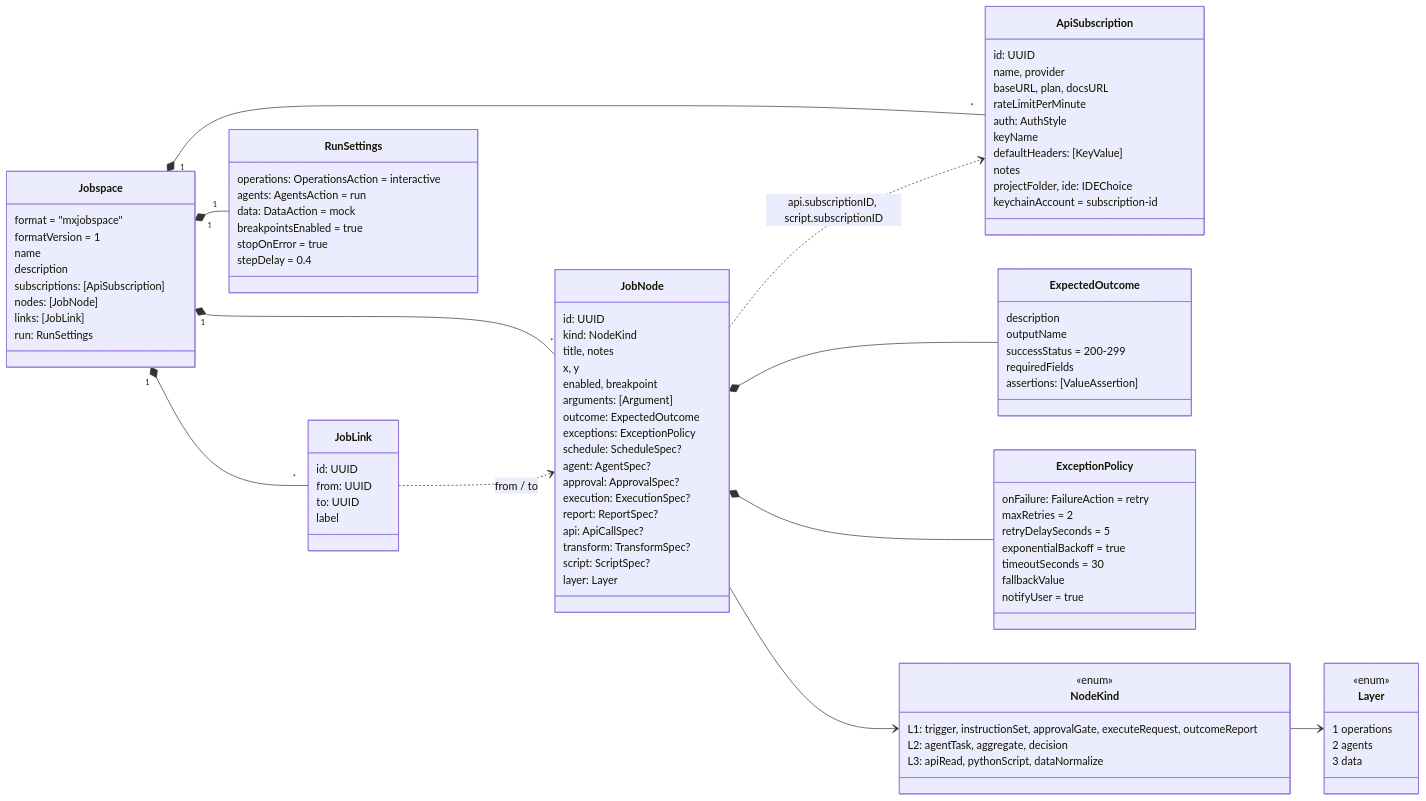
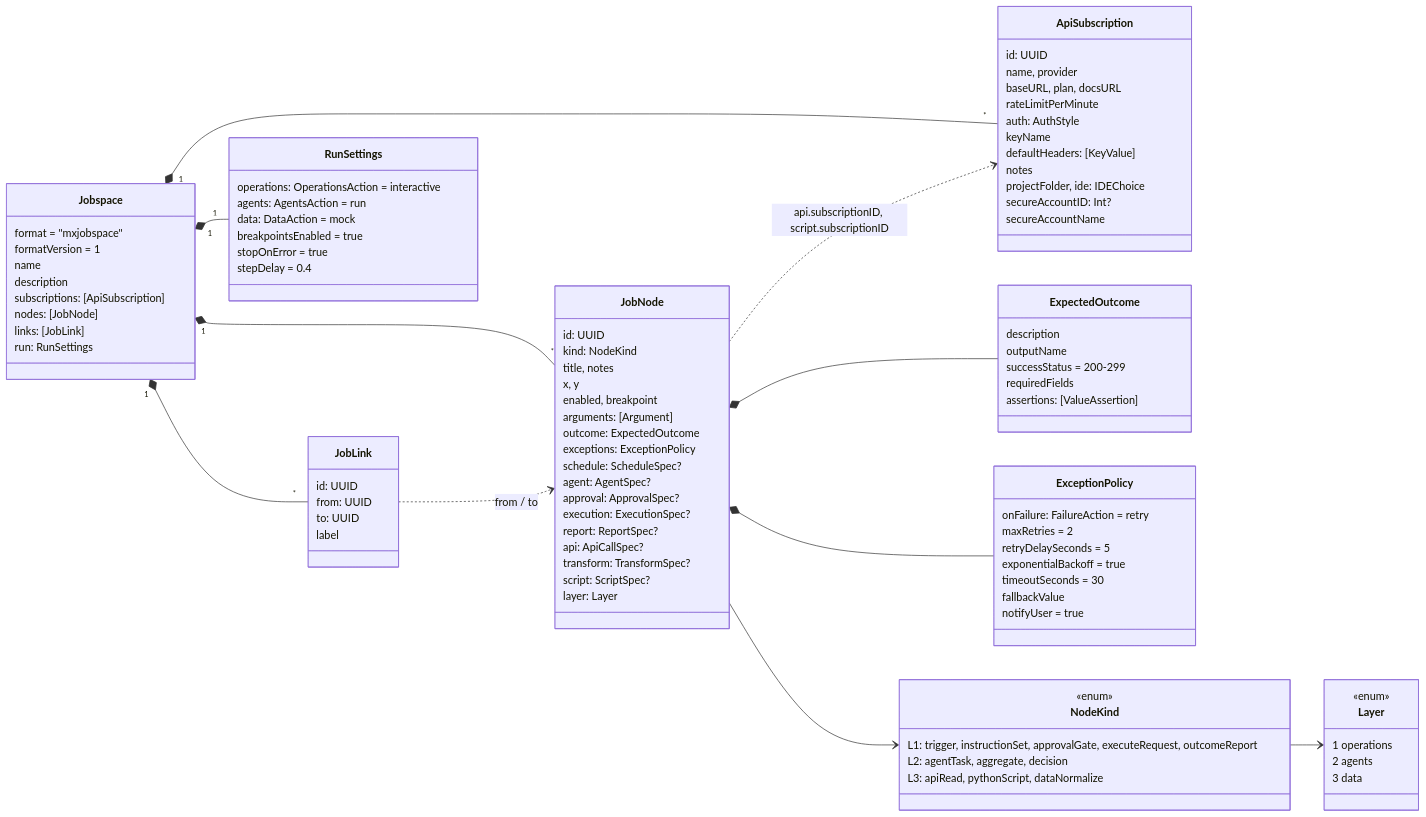
The first of 3 diagrams in MxAppsIDE/MxJobsMGR/c4/04-code.md (k3jdr/Public), drawn with Mermaid before and after one commit. The commit also changed 38 other files, not shown here.

```diff
--- a/MxAppsIDE/MxJobsMGR/c4/04-code.md
+++ b/MxAppsIDE/MxJobsMGR/c4/04-code.md
@@ -53,7 +53,8 @@
         defaultHeaders: [KeyValue]
         notes
         projectFolder, ide: IDEChoice
-        keychainAccount = subscription-id
+        secureAccountID: Int?
+        secureAccountName
     }
     class RunSettings {
         operations: OperationsAction = interactive
```
